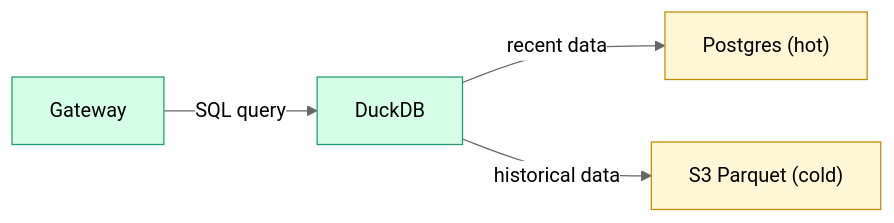
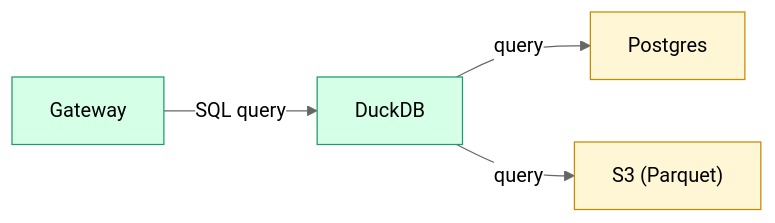
One commit to c7121/trace changed the sixth of 6 diagrams in docs/readme.md. Above: the diagram before and after it, drawn with Mermaid (neutral theme). The commit also changed other lines of this file and 1 other file, not shown here.

Commit message:
diagram grouping

````diff
--- a/docs/readme.md
+++ b/docs/readme.md
@@ -327,15 +331,15 @@
 ```mermaid
 flowchart LR
     gateway["Gateway"]:::container
     duckdb["DuckDB"]:::component
-    postgres["Postgres (hot)"]:::database
-    s3["S3 Parquet (cold)"]:::database
+    postgres["Postgres"]:::database
+    s3["S3 (Parquet)"]:::database
 
     gateway -->|SQL query| duckdb
-    duckdb -->|recent data| postgres
-    duckdb -->|historical data| s3
+    duckdb -->|query| postgres
+    duckdb -->|query| s3
 
     classDef component fill:#d6ffe7,stroke:#1f9a6f,color:#000;
     classDef container fill:#d6ffe7,stroke:#1f9a6f,color:#000;
     classDef database fill:#fff6d6,stroke:#c58b00,color:#000;
 ```
````
